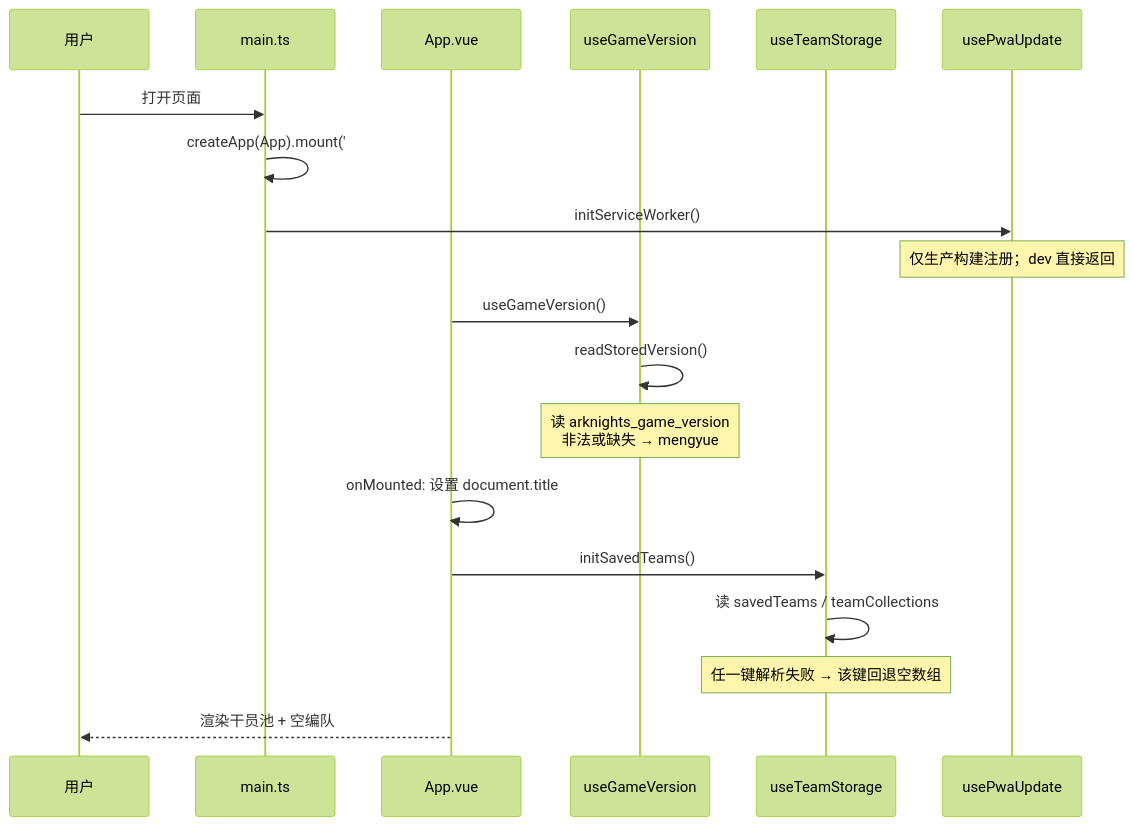
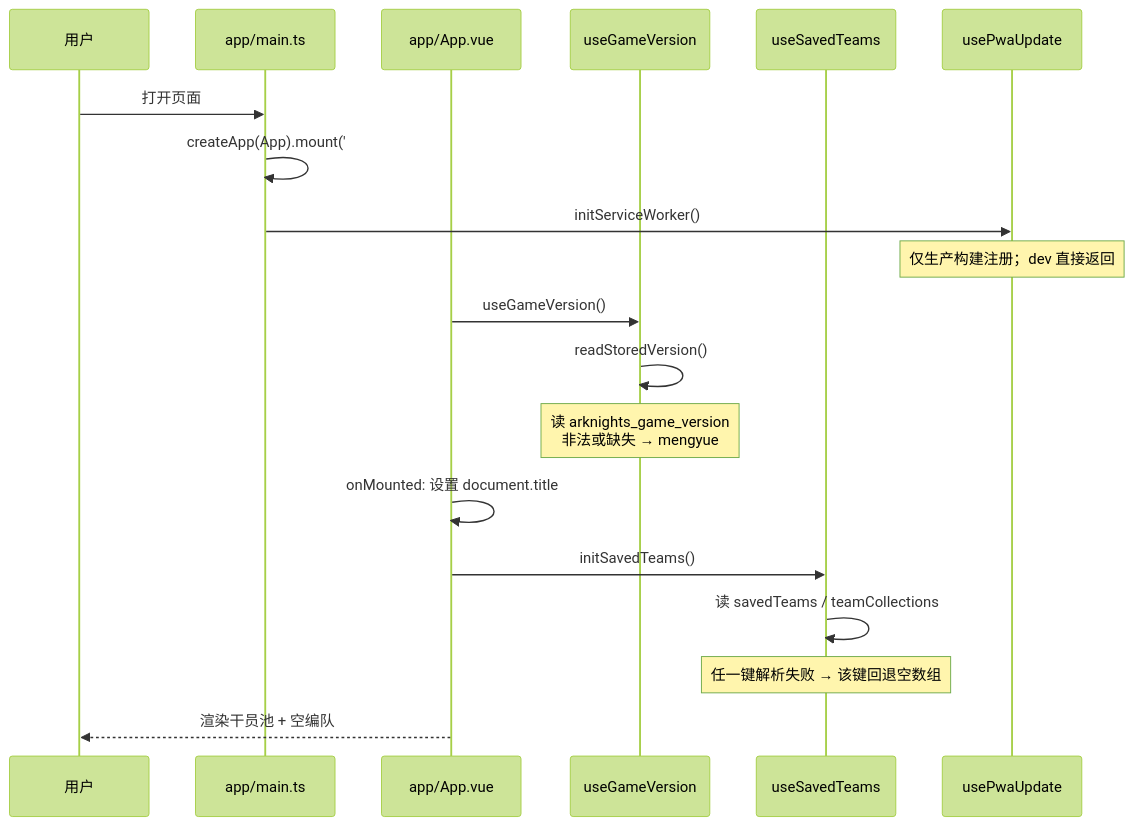
The first of 9 diagrams in architecture/data-flow.md (yeyeye613/Arknights-alliance-tool), drawn with Mermaid (forest theme) before and after one commit. The commit also changed other lines of this file and 7 other files, not shown here.

````diff
--- a/architecture/data-flow.md
+++ b/architecture/data-flow.md
@@ -9,22 +9,22 @@
 ```mermaid
 sequenceDiagram
   participant U as 用户
-  participant M as main.ts
-  participant A as App.vue
+  participant M as app/main.ts
+  participant A as app/App.vue
   participant GV as useGameVersion
-  participant TS as useTeamStorage
+  participant TS as useSavedTeams
   participant PWA as usePwaUpdate
 
   U->>M: 打开页面
   M->>M: createApp(App).mount('#app')
   M->>PWA: initServiceWorker()
   Note over PWA: 仅生产构建注册；dev 直接返回
   A->>GV: useGameVersion()
   GV->>GV: readStoredVersion()
   Note over GV: 读 arknights_game_version<br/>非法或缺失 → mengyue
   A->>A: onMounted: 设置 document.title
   A->>TS: initSavedTeams()
   TS->>TS: 读 savedTeams / teamCollections
   Note over TS: 任一键解析失败 → 该键回退空数组
   A-->>U: 渲染干员池 + 空编队
 ```
````
